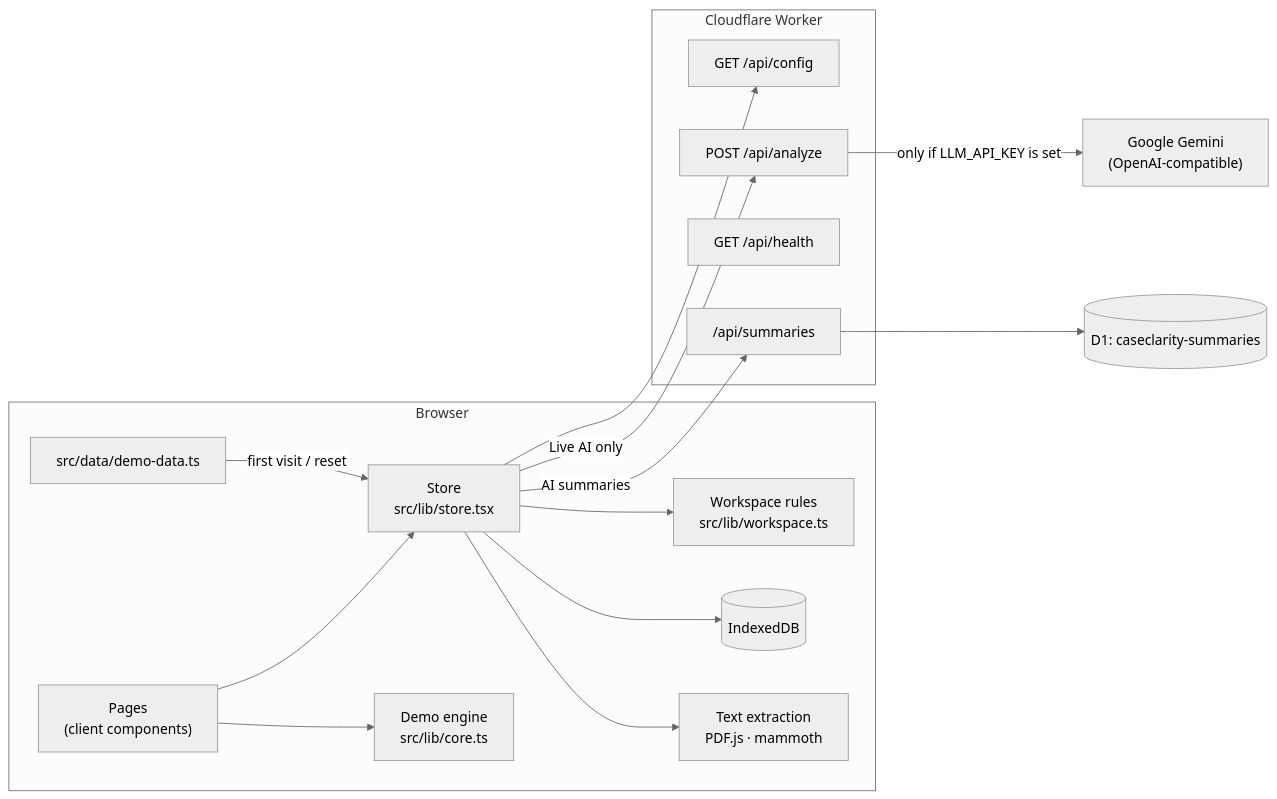
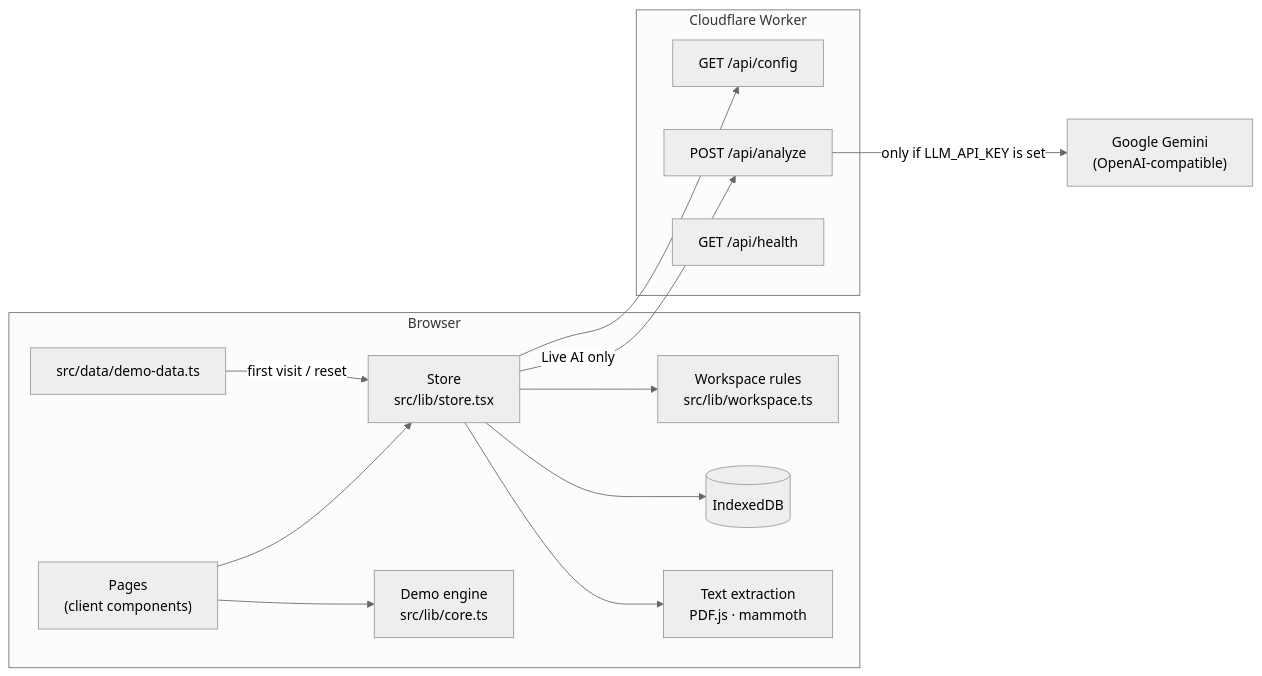
The second of 2 diagrams in README.md (eayub006-source/caseclarity-ai), drawn with Mermaid (neutral theme) before and after one commit. The commit also changed other lines of this file and 12 other files, not shown here.

````diff
--- a/README.md
+++ b/README.md
@@ -246,22 +244,19 @@
 ```mermaid
 flowchart LR
   subgraph B["Browser"]
     P["Pages<br/>(client components)"] --> S["Store<br/>src/lib/store.tsx"]
     S --> W["Workspace rules<br/>src/lib/workspace.ts"]
     S --> I[("IndexedDB")]
     S --> X["Text extraction<br/>PDF.js · mammoth"]
     P --> E["Demo engine<br/>src/lib/core.ts"]
     D["src/data/demo-data.ts"] -->|"first visit / reset"| S
   end
   subgraph CF["Cloudflare Worker"]
     C["GET /api/config"]
     A["POST /api/analyze"]
     H["GET /api/health"]
-    M["/api/summaries"]
   end
   S --> C
   S -->|"Live AI only"| A
-  S -->|"AI summaries"| M
-  M --> DB[("D1: caseclarity-summaries")]
   A -->|"only if LLM_API_KEY is set"| L["Google Gemini<br/>(OpenAI-compatible)"]
 ```
````
